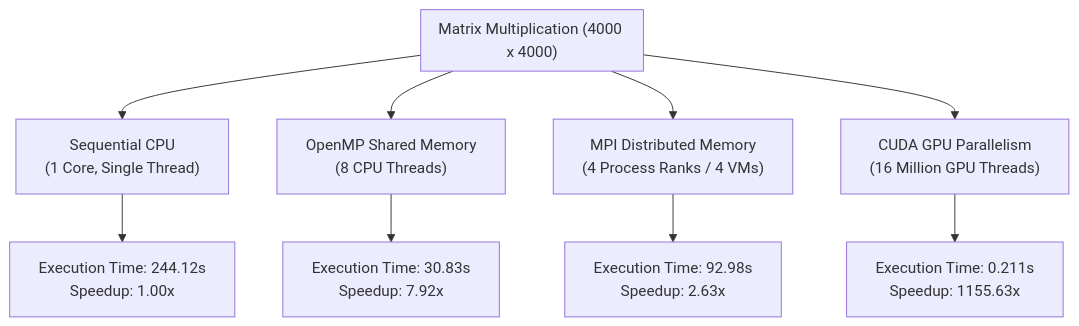
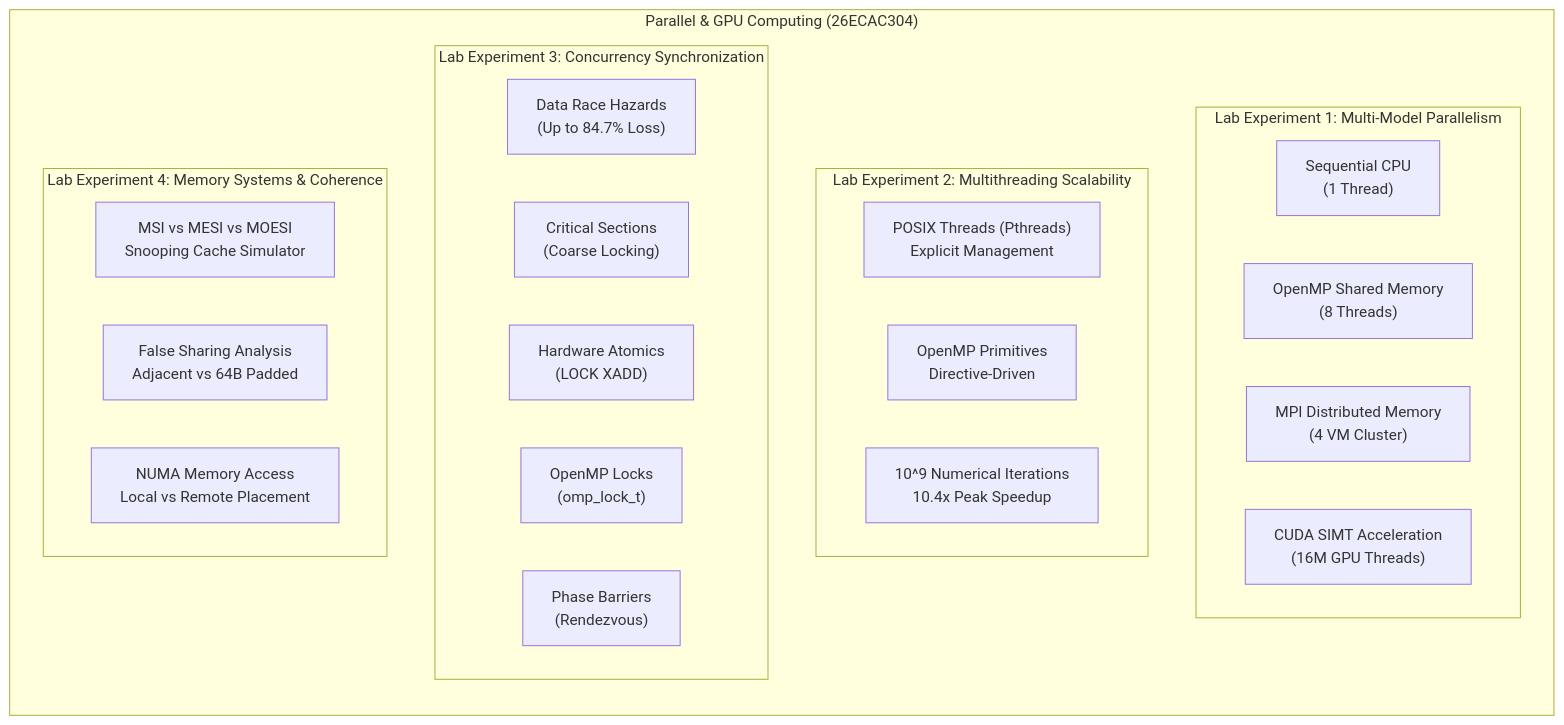
The diagram in README.md (Janaki1711/PGC_Lab), drawn with Mermaid before and after one commit. The commit also changed other lines of this file and 95 other files, not shown here.

Commit message:
Organize repository into uniform Lab_Experiment_1 through Lab_Experiment_4 structure

````diff
--- a/README.md
+++ b/README.md
@@ -88,15 +26,37 @@
 ```mermaid
 flowchart TD
-    subgraph Workload ["Matrix Multiplication (4000 x 4000)"]
+    subgraph PGC ["Parallel & GPU Computing (26ECAC304)"]
+        direction TB
+        
+        subgraph E1 ["Lab Experiment 1: Multi-Model Parallelism"]
+            direction LR
+            E1_Seq["Sequential CPU<br/>(1 Thread)"]
+            E1_OMP["OpenMP Shared Memory<br/>(8 Threads)"]
+            E1_MPI["MPI Distributed Memory<br/>(4 VM Cluster)"]
+            E1_CUDA["CUDA SIMT Acceleration<br/>(16M GPU Threads)"]
+        end
+
+        subgraph E2 ["Lab Experiment 2: Multithreading Scalability"]
+            direction LR
+            E2_PT["POSIX Threads (Pthreads)<br/>Explicit Management"]
+            E2_OMP["OpenMP Primitives<br/>Directive-Driven"]
+            E2_Work["10^9 Numerical Iterations<br/>10.4x Peak Speedup"]
+        end
+
+        subgraph E3 ["Lab Experiment 3: Concurrency Synchronization"]
+            direction LR
+            E3_Race["Data Race Hazards<br/>(Up to 84.7% Loss)"]
+            E3_Crit["Critical Sections<br/>(Coarse Locking)"]
+            E3_Atom["Hardware Atomics<br/>(LOCK XADD)"]
+            E3_Lock["OpenMP Locks<br/>(omp_lock_t)"]
+            E3_Barr["Phase Barriers<br/>(Rendezvous)"]
+        end
+
+        subgraph E4 ["Lab Experiment 4: Memory Systems & Coherence"]
+            direction LR
+            E4_Proto["MSI vs MESI vs MOESI<br/>Snooping Cache Simulator"]
+            E4_False["False Sharing Analysis<br/>Adjacent vs 64B Padded"]
+            E4_NUMA["NUMA Memory Access<br/>Local vs Remote Placement"]
+        end
     end
-
-    Workload --> Seq["Sequential CPU<br/>(1 Core, Single Thread)"]
-    Workload --> OMP["OpenMP Shared Memory<br/>(8 CPU Threads)"]
-    Workload --> MPI["MPI Distributed Memory<br/>(4 Process Ranks / 4 VMs)"]
-    Workload --> CUDA["CUDA GPU Parallelism<br/>(16 Million GPU Threads)"]
-
-    Seq --> Res1["Execution Time: 244.12s<br/>Speedup: 1.00x"]
-    OMP --> Res2["Execution Time: 30.83s<br/>Speedup: 7.92x"]
-    MPI --> Res3["Execution Time: 92.98s<br/>Speedup: 2.63x"]
-    CUDA --> Res4["Execution Time: 0.211s<br/>Speedup: 1155.63x"]
 ```
````
